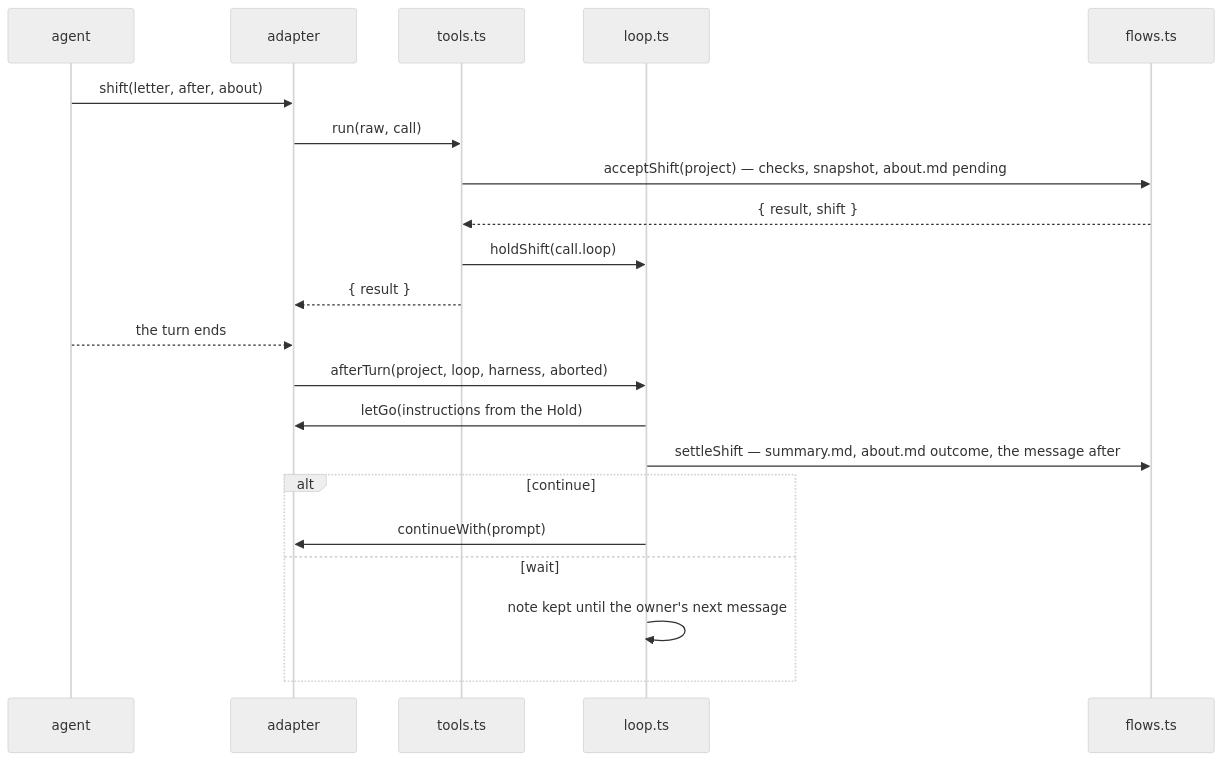
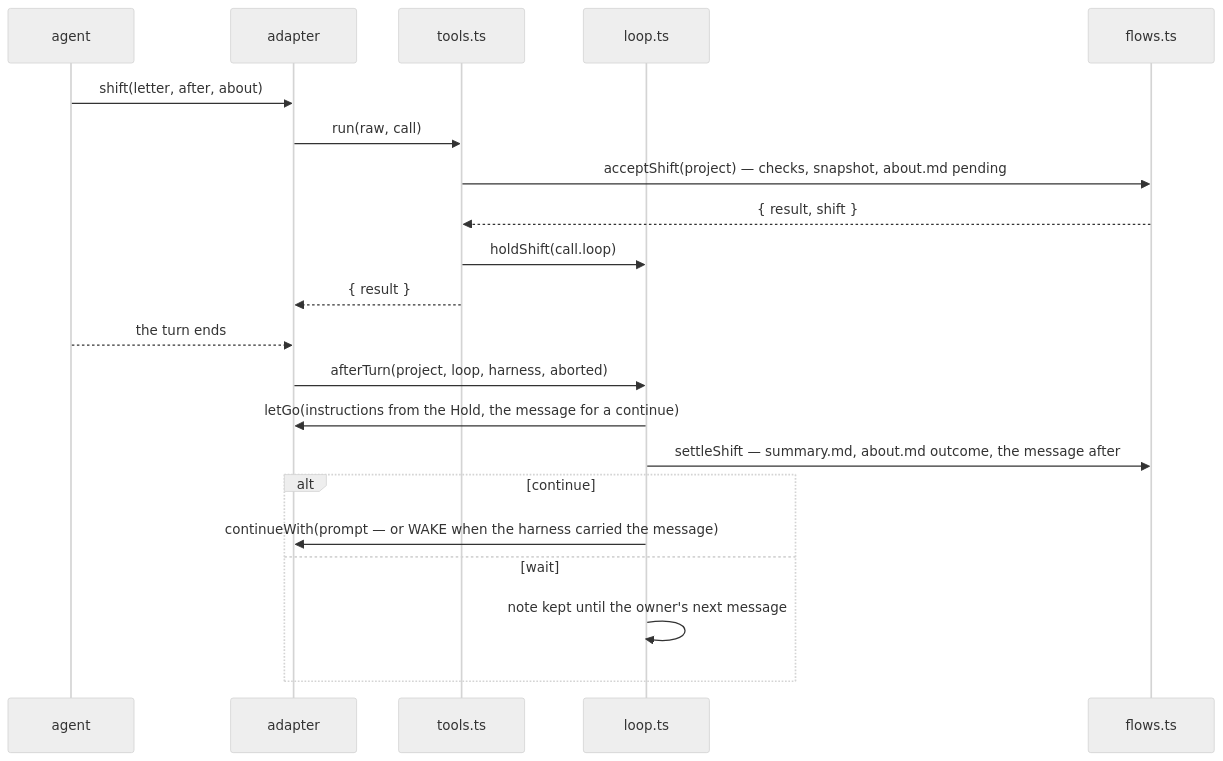
One commit to iiiokojiadbi/shift changed the diagram in docs/architecture.md. Above: the diagram before and after it, drawn with Mermaid (neutral theme). The commit also changed other lines of this file and 15 other files, not shown here.

First line of the commit message:
Put a continue shift's message into the compaction's history

````diff
--- a/docs/architecture.md
+++ b/docs/architecture.md
@@ -53,23 +53,23 @@
 ```mermaid
 sequenceDiagram
   participant A as agent
   participant H as adapter
   participant T as tools.ts
   participant L as loop.ts
   participant F as flows.ts
   A->>H: shift(letter, after, about)
   H->>T: run(raw, call)
   T->>F: acceptShift(project) — checks, snapshot, about.md pending
   F-->>T: { result, shift }
   T->>L: holdShift(call.loop)
   T-->>H: { result }
   A-->>H: the turn ends
   H->>L: afterTurn(project, loop, harness, aborted)
-  L->>H: letGo(instructions from the Hold)
+  L->>H: letGo(instructions from the Hold, the message for a continue)
   L->>F: settleShift — summary.md, about.md outcome, the message after
   alt continue
-    L->>H: continueWith(prompt)
+    L->>H: continueWith(prompt — or WAKE when the harness carried the message)
   else wait
     L->>L: note kept until the owner's next message
   end
 ```
````
